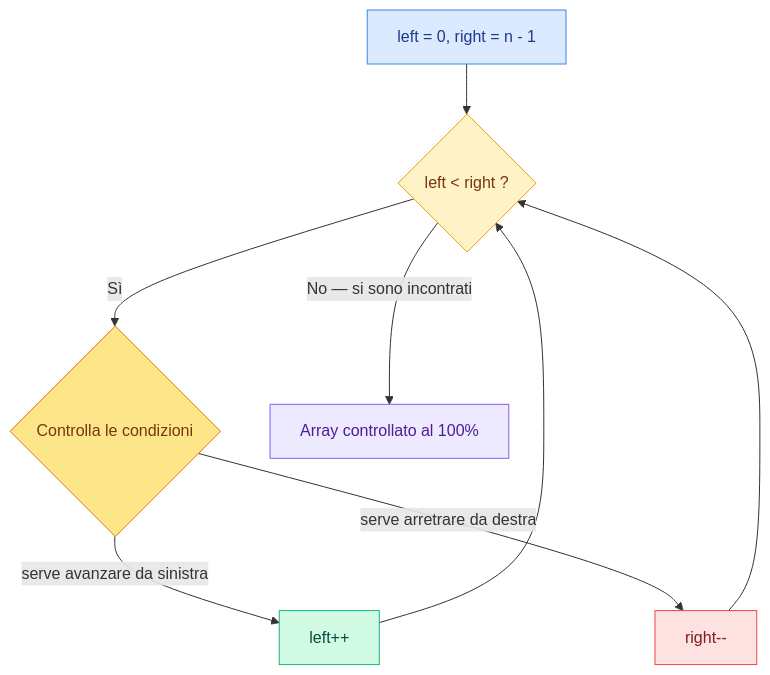
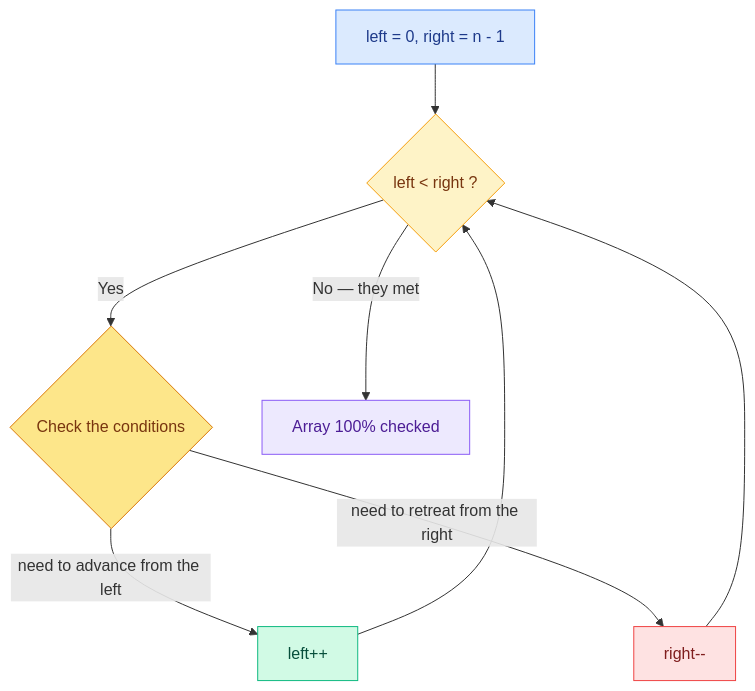
The diagram in Two Pointers/README.md (sombreror/algorithms), drawn with Mermaid before and after one commit. The commit also changed other lines of this file and 1 other file, not shown here.

````diff
--- a/Two Pointers/README.md
+++ b/Two Pointers/README.md
@@ -39,17 +39,17 @@
 ```mermaid
 graph TD
     A["left = 0, right = n - 1"] --> B{"left < right ?"}
-    B -- "Sì" --> C{"Controlla le condizioni"}
-    C -- "serve avanzare da sinistra" --> D["left++"]
-    C -- "serve arretrare da destra" --> E["right--"]
+    B -- "Yes" --> C{"Check the conditions"}
+    C -- "need to advance from the left" --> D["left++"]
+    C -- "need to retreat from the right" --> E["right--"]
     D --> B
     E --> B
-    B -- "No — si sono incontrati" --> F["Array controllato al 100%"]
+    B -- "No — they met" --> F["Array 100% checked"]
 
     style A fill:#DBEAFE,stroke:#3B82F6,color:#1E3A8A
     style B fill:#FEF3C7,stroke:#F59E0B,color:#78350F
     style C fill:#FDE68A,stroke:#D97706,color:#78350F
     style D fill:#D1FAE5,stroke:#10B981,color:#064E3B
     style E fill:#FEE2E2,stroke:#EF4444,color:#7F1D1D
     style F fill:#EDE9FE,stroke:#8B5CF6,color:#4C1D95
 ```
````
